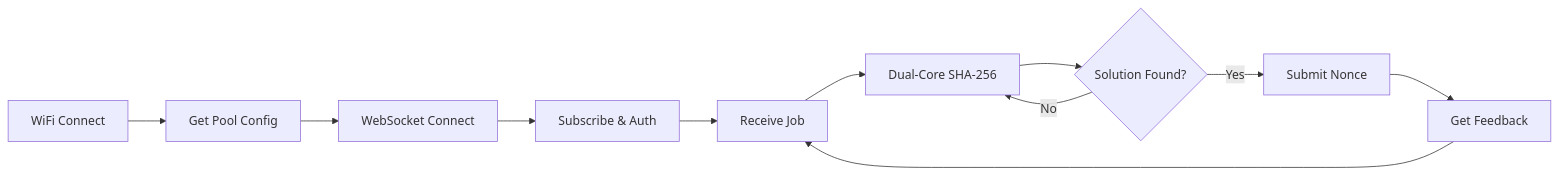
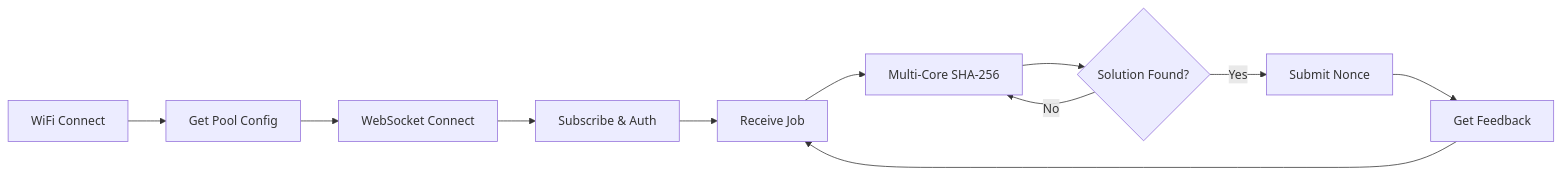
The diagram in README.md (nam348tnh3gp/ESP32-Lottery), drawn with Mermaid before and after one commit. The commit also changed other lines of this file, not shown here.

````diff
--- a/README.md
+++ b/README.md
@@ -169,13 +199,13 @@
 ```mermaid
 graph LR
     A[WiFi Connect] --> B[Get Pool Config]
     B --> C[WebSocket Connect]
     C --> D[Subscribe & Auth]
     D --> E[Receive Job]
-    E --> F[Dual-Core SHA-256]
+    E --> F[Multi‑Core SHA‑256]
     F --> G{Solution Found?}
     G -->|No| F
     G -->|Yes| H[Submit Nonce]
     H --> I[Get Feedback]
     I --> E
 ```
````
